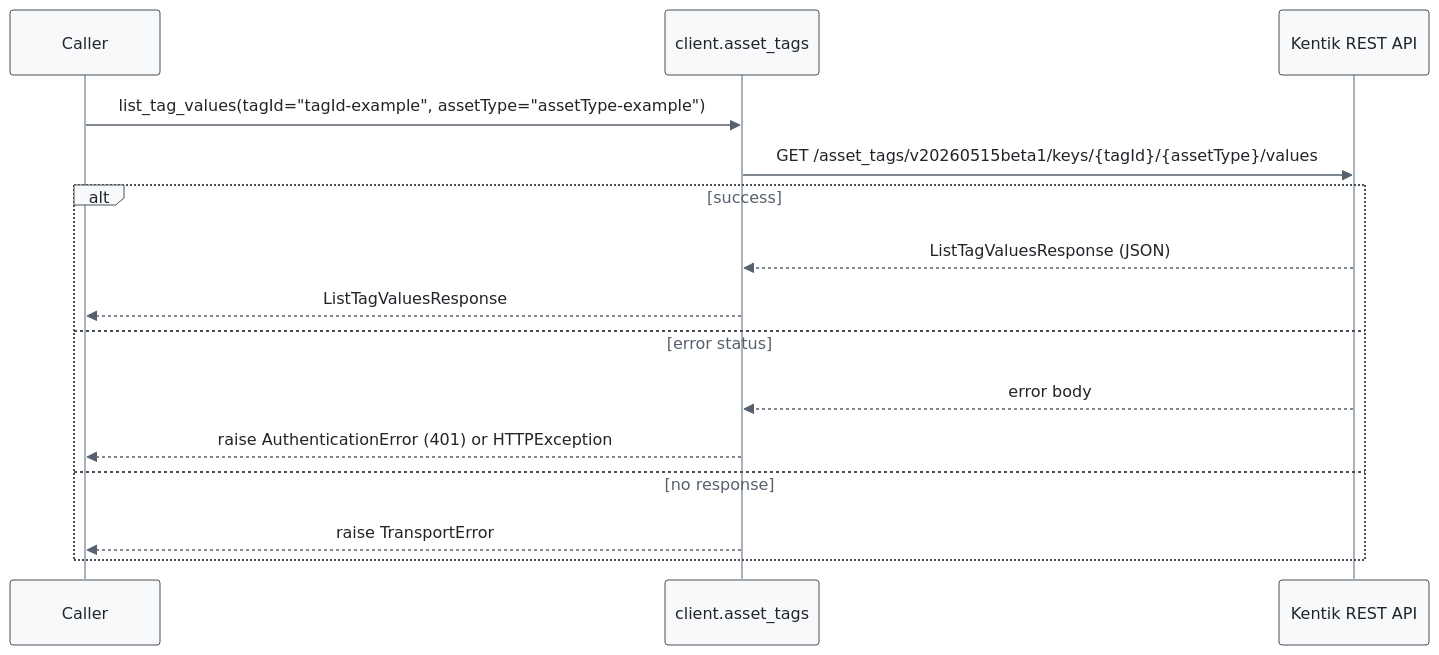
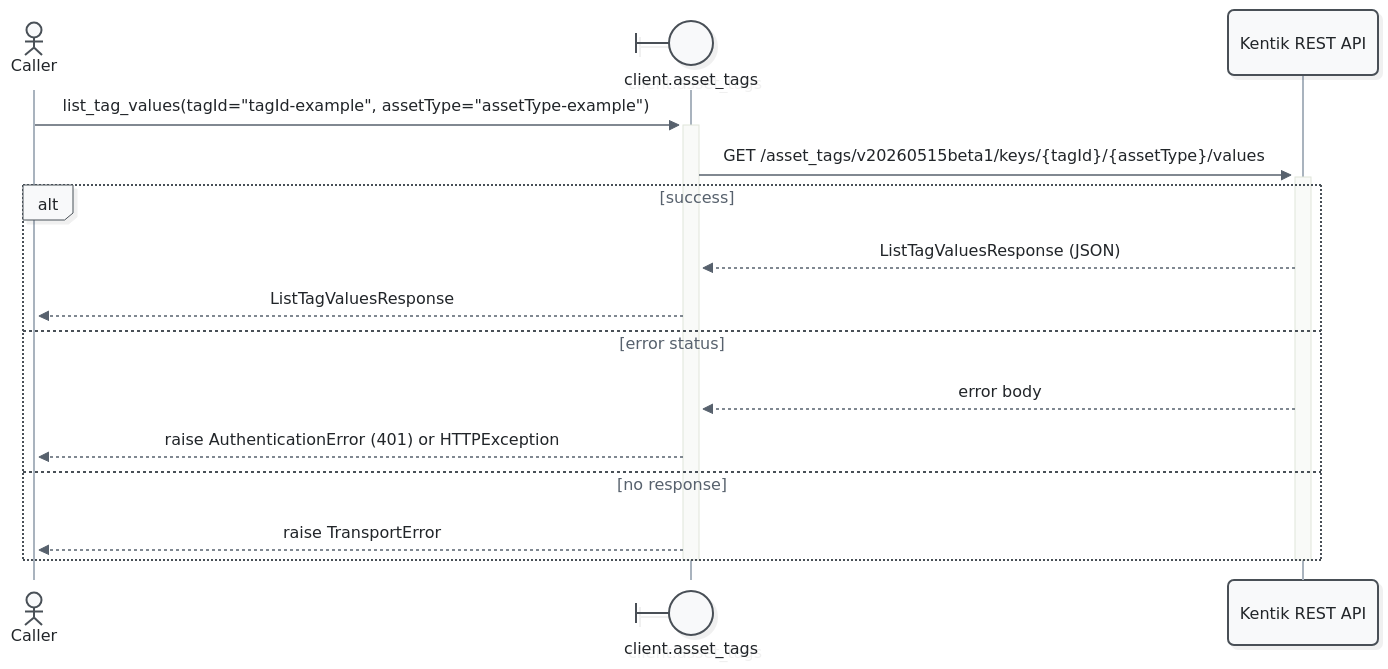
Before and after one commit to alexdearaujo/community_sdk_python: diagram 13 of 19 in docs/sphinx/services/asset_tags.md, drawn with Mermaid. The commit also changed other lines of this file and 52 other files, not shown here.

First line of the commit message:
docs: Mermaid 12 sequence diagrams with participant types and path colors

````diff
--- a/docs/sphinx/services/asset_tags.md
+++ b/docs/sphinx/services/asset_tags.md
@@ -499,19 +529,21 @@
 ```mermaid
-%%{init: {"theme": "base", "fontFamily": "ui-monospace, SFMono-Regular, Menlo, monospace", "themeVariables": {"fontFamily": "ui-monospace, SFMono-Regular, Menlo, monospace", "primaryColor": "#f8f9fa", "primaryBorderColor": "#495057", "primaryTextColor": "#212529", "textColor": "#212529", "lineColor": "#77818c", "edgeLabelBackground": "#ffffff", "actorBkg": "#f8f9fa", "actorBorder": "#495057", "actorTextColor": "#212529", "actorLineColor": "#a9b3be", "signalColor": "#57616d", "signalTextColor": "#212529", "labelBoxBkgColor": "#f8f9fa", "labelBoxBorderColor": "#495057", "labelTextColor": "#212529", "loopTextColor": "#57616d", "noteBkgColor": "#fff9db", "noteBorderColor": "#f08c00", "noteTextColor": "#a35a00"}, "flowchart": {"curve": "step", "nodeSpacing": 30, "rankSpacing": 70, "wrappingWidth": 400}}}%%
+%%{init: {"theme": "redux", "look": "neo", "layout": "dagre", "fontFamily": "ui-monospace, SFMono-Regular, Menlo, monospace", "themeVariables": {"fontFamily": "ui-monospace, SFMono-Regular, Menlo, monospace", "primaryColor": "#f8f9fa", "primaryBorderColor": "#495057", "primaryTextColor": "#212529", "textColor": "#212529", "lineColor": "#77818c", "edgeLabelBackground": "#ffffff", "actorBkg": "#f8f9fa", "actorBorder": "#495057", "actorTextColor": "#212529", "actorLineColor": "#a9b3be", "signalColor": "#57616d", "signalTextColor": "#212529", "labelBoxBkgColor": "#f8f9fa", "labelBoxBorderColor": "#495057", "labelTextColor": "#212529", "loopTextColor": "#57616d", "noteBkgColor": "#fff9db", "noteBorderColor": "#f08c00", "noteTextColor": "#a35a00"}, "sequence": {"activationWidth": 16}, "flowchart": {"curve": "step", "nodeSpacing": 30, "rankSpacing": 70, "wrappingWidth": 400}}}%%
 sequenceDiagram
-    participant C as Caller
-    participant W as client.asset_tags
+    actor C as Caller
+    participant W@{ "type": "boundary" } as client.asset_tags
     participant API as Kentik REST API
 
-    C->>W: list_tag_values(tagId="tagId-example", assetType="assetType-example")
-    W->>API: GET /asset_tags/v20260515beta1/keys/{tagId}/{assetType}/values
+    C->>+W: list_tag_values(tagId="tagId-example", assetType="assetType-example")
+    W->>+API: GET /asset_tags/v20260515beta1/keys/{tagId}/{assetType}/values
     alt success
         API-->>W: ListTagValuesResponse (JSON)
         W-->>C: ListTagValuesResponse
     else error status
         API-->>W: error body
         W-->>C: raise AuthenticationError (401) or HTTPException
     else no response
         W-->>C: raise TransportError
     end
+    deactivate API
+    deactivate W
 ```
````
